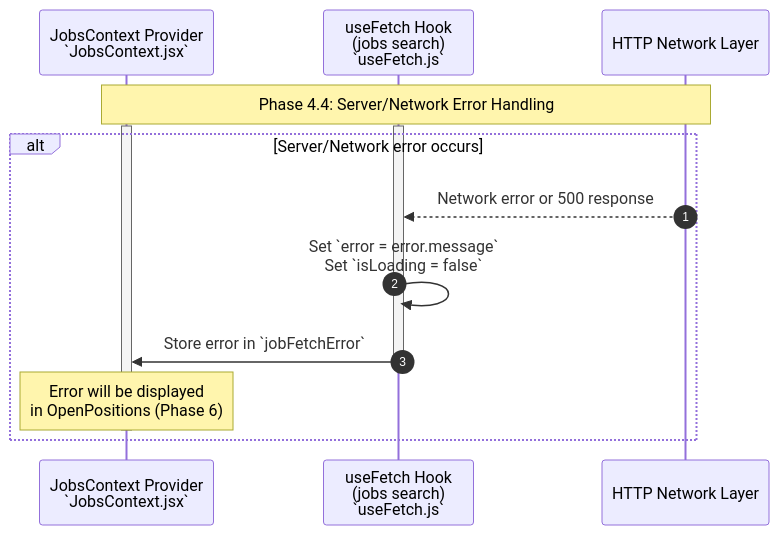
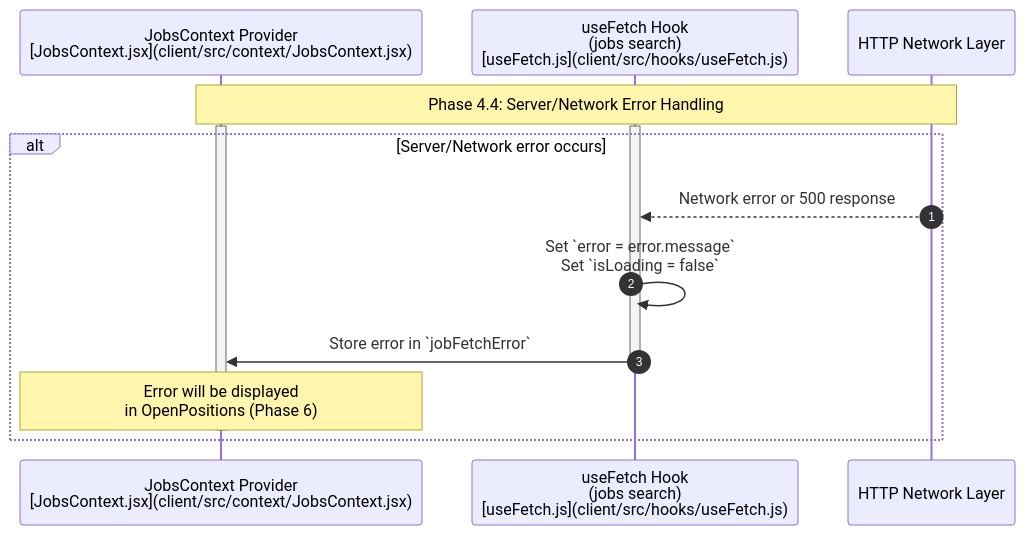
The diagram in documentation/jobFetch/4.4.Server-Network Error Handling.md (YahyaAl-Ademi/2025.10.23-JobCompass), drawn with Mermaid before and after one commit. The commit also changed 10 other files, not shown here.

Commit message:
Refactor jobFetch documentation: update phase links, enhance mermaid diagrams with file paths, and remove obsolete Job Search Fetch phase

````diff
--- a/documentation/jobFetch/4.4.Server-Network Error Handling.md
+++ b/documentation/jobFetch/4.4.Server-Network Error Handling.md
@@ -7,20 +7,20 @@
 ```mermaid
 sequenceDiagram
     autonumber
-    participant JobsContext as JobsContext Provider<br/>`JobsContext.jsx`
-    participant useFetch_1 as useFetch Hook<br/>(jobs search)<br/>`useFetch.js`
+    participant JobsContext as JobsContext Provider<br/>[JobsContext.jsx](client/src/context/JobsContext.jsx)
+    participant useFetch_1 as useFetch Hook<br/>(jobs search)<br/>[useFetch.js](client/src/hooks/useFetch.js)
     participant FrontendNetwork as HTTP Network Layer
 
     Note over JobsContext,FrontendNetwork: Phase 4.4: Server/Network Error Handling
     activate JobsContext
     activate useFetch_1
 
     alt Server/Network error occurs
         FrontendNetwork-->>useFetch_1: Network error or 500 response
         useFetch_1->>useFetch_1: Set `error = error.message`<br/>Set `isLoading = false`
         useFetch_1->>JobsContext: Store error in `jobFetchError`
         deactivate useFetch_1
         Note over JobsContext: Error will be displayed<br/>in OpenPositions (Phase 6)
         deactivate JobsContext
     end
 ```
````
